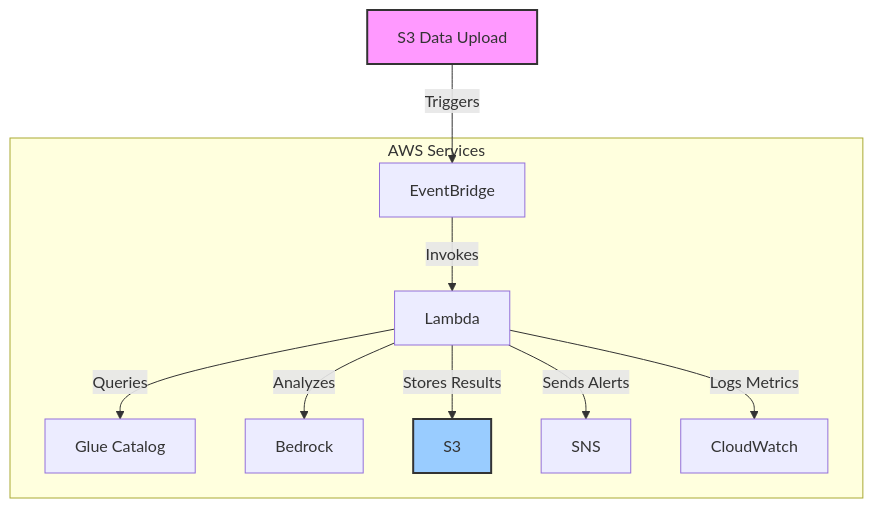
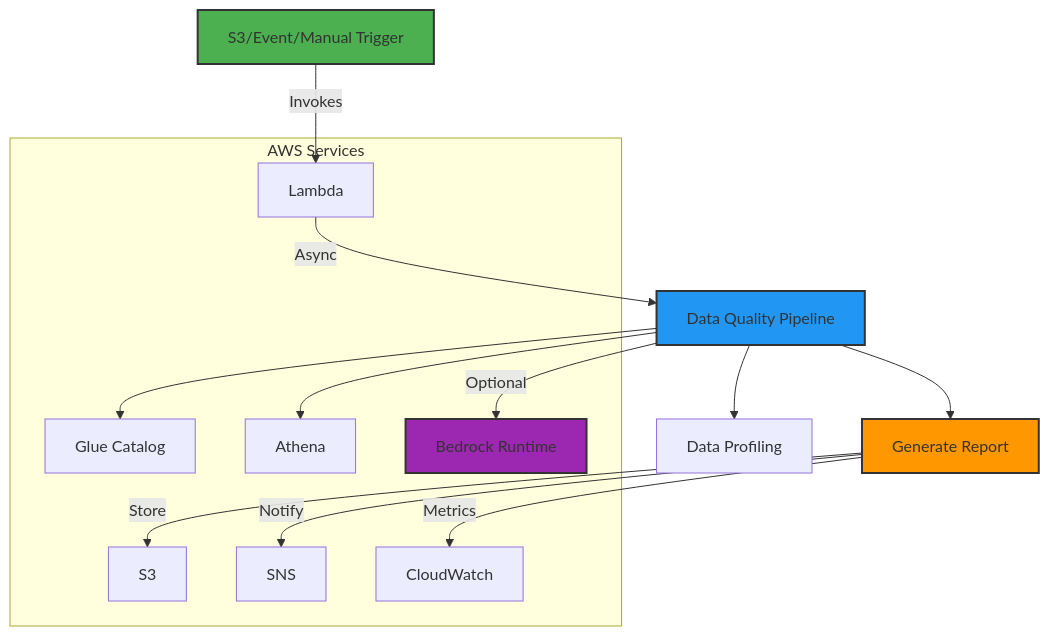
One commit to ninjin-nerguidavaa/aws-bedrock-ai-data-quality changed the diagram in README.md. Above: the diagram before and after it, drawn with Mermaid. The commit also changed other lines of this file and 1 other file, not shown here.

Commit message:
feat: Enhance README and execution flow documentation for AI-powered analysis and async processing

````diff
--- a/README.md
+++ b/README.md
@@ -18,23 +20,28 @@
 ```mermaid
 graph TD
-    A[S3 Data Upload] -->|Triggers| B[EventBridge Rule]
-    B -->|Invokes| C[Lambda Function]
-    C -->|Queries| D[Glue Data Catalog]
-    C -->|Analyzes| E[Amazon Bedrock]
-    C -->|Stores Results| F[(S3 Bucket)]
-    C -->|Sends Alerts| G[SNS Topics]
-    C -->|Logs Metrics| H[CloudWatch]
+    A[S3/Event/Manual Trigger] -->|Invokes| B[Lambda Handler]
+    B -->|Async| C[Data Quality Pipeline]
+    C --> D[Glue Catalog]
+    C --> E[Athena Query]
+    C --> F[Data Profiling]
+    C -->|Optional| G[Amazon Bedrock]
+    C --> H[Generate Report]
+    H -->|Store| I[(S3 Bucket)]
+    H -->|Notify| J[SNS Topics]
+    H -->|Metrics| K[CloudWatch]
     
     subgraph "AWS Services"
-        B[EventBridge]
-        C[Lambda]
+        B[Lambda]
         D[Glue Catalog]
-        E[Bedrock]
-        F[S3]
-        G[SNS]
-        H[CloudWatch]
+        E[Athena]
+        G[Bedrock Runtime]
+        I[S3]
+        J[SNS]
+        K[CloudWatch]
     end
     
-    style A fill:#f9f,stroke:#333,stroke-width:2px
-    style F fill:#9cf,stroke:#333,stroke-width:2px
+    style A fill:#4CAF50,stroke:#333,stroke-width:2px
+    style C fill:#2196F3,stroke:#333,stroke-width:2px
+    style G fill:#9C27B0,stroke:#333,stroke-width:2px
+    style H fill:#FF9800,stroke:#333,stroke-width:2px
 ```
````
